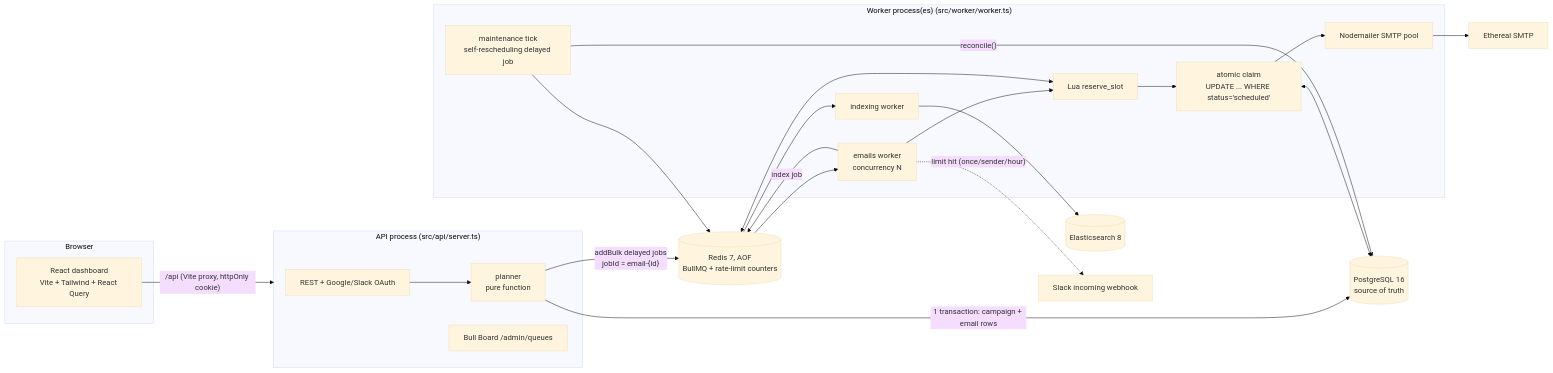
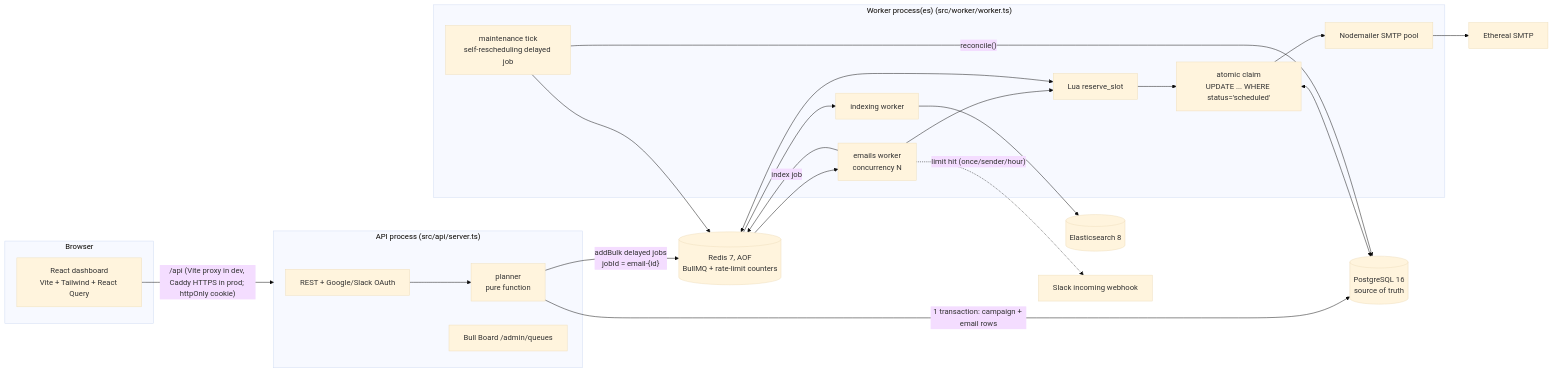
One commit to GarvChadha10/reachinbox-email-scheduler changed the diagram in README.md. Above: the diagram before and after it, drawn with Mermaid (base theme). The commit also changed other lines of this file, not shown here.

````diff
--- a/README.md
+++ b/README.md
@@ -57,28 +70,28 @@
 ```mermaid
 flowchart LR
   subgraph Browser
     UI[React dashboard<br/>Vite + Tailwind + React Query]
   end
-  UI -- "/api (Vite proxy, httpOnly cookie)" --> API
+  UI -- "/api (Vite proxy in dev, Caddy HTTPS in prod; httpOnly cookie)" --> API
   subgraph API["API process (src/api/server.ts)"]
     R[REST + Google/Slack OAuth] --> P[planner<br/>pure function]
     BB[Bull Board /admin/queues]
   end
   P -- "1 transaction: campaign + email rows" --> PG[(PostgreSQL 16<br/>source of truth)]
   P -- "addBulk delayed jobs<br/>jobId = email-{id}" --> RQ[(Redis 7, AOF<br/>BullMQ + rate-limit counters)]
   subgraph W["Worker process(es) (src/worker/worker.ts)"]
     E[emails worker<br/>concurrency N] --> L[Lua reserve_slot]
     L --> C[atomic claim<br/>UPDATE ... WHERE status='scheduled']
     C --> S[Nodemailer SMTP pool]
     I[indexing worker]
     M[maintenance tick<br/>self-rescheduling delayed job]
   end
   RQ --> E
   L <--> RQ
   C <--> PG
   S --> ETH[Ethereal SMTP]
   E -- "index job" --> RQ --> I --> ES[(Elasticsearch 8)]
   E -. "limit hit (once/sender/hour)" .-> SL[Slack incoming webhook]
   M -- "reconcile()" --> PG
   M --> RQ
 ```
````
